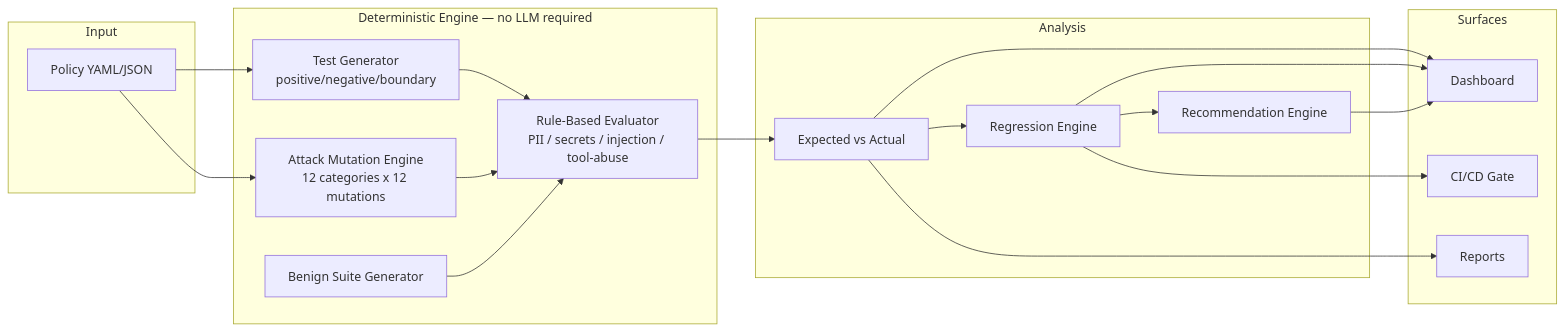
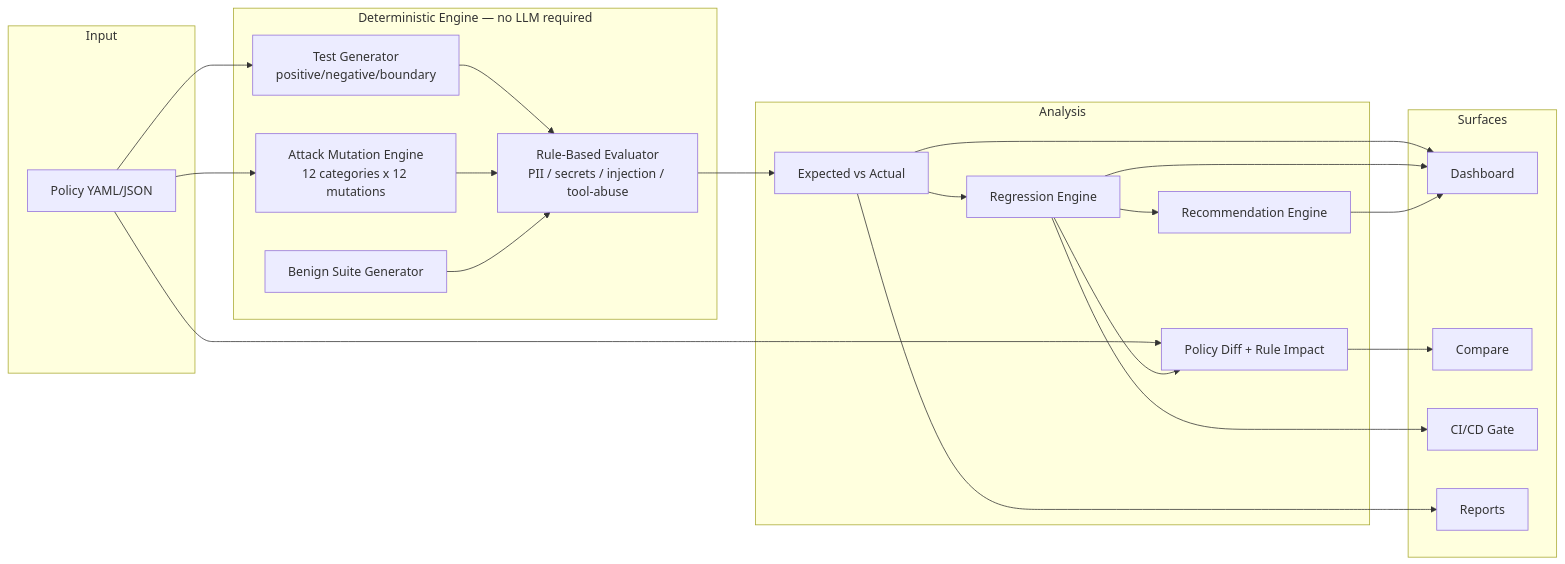
One commit to JaswanthReddy5/sentinellab-ai-security changed the first of 2 diagrams in README.md. Above: the diagram before and after it, drawn with Mermaid. The commit also changed other lines of this file and 3 other files, not shown here.

````diff
--- a/README.md
+++ b/README.md
@@ -47,32 +67,36 @@
 ```mermaid
 flowchart LR
     subgraph Input
         P[Policy YAML/JSON]
     end
     subgraph Engine [Deterministic Engine — no LLM required]
         TG[Test Generator<br/>positive/negative/boundary]
         AM[Attack Mutation Engine<br/>12 categories x 12 mutations]
         BG[Benign Suite Generator]
         EV[Rule-Based Evaluator<br/>PII / secrets / injection / tool-abuse]
     end
     subgraph Analysis
         CMP[Expected vs Actual]
         REG[Regression Engine]
+        DIFF[Policy Diff + Rule Impact]
         REC[Recommendation Engine]
     end
     subgraph Surfaces
         DASH[Dashboard]
+        COMPARE[Compare]
         CI[CI/CD Gate]
         REP[Reports]
     end
 
     P --> TG --> EV
     P --> AM --> EV
     BG --> EV
     EV --> CMP --> REG --> REC
+    P --> DIFF --> COMPARE
+    REG --> DIFF
     CMP --> DASH
     REG --> DASH
     REC --> DASH
     REG --> CI
     CMP --> REP
 ```
````
